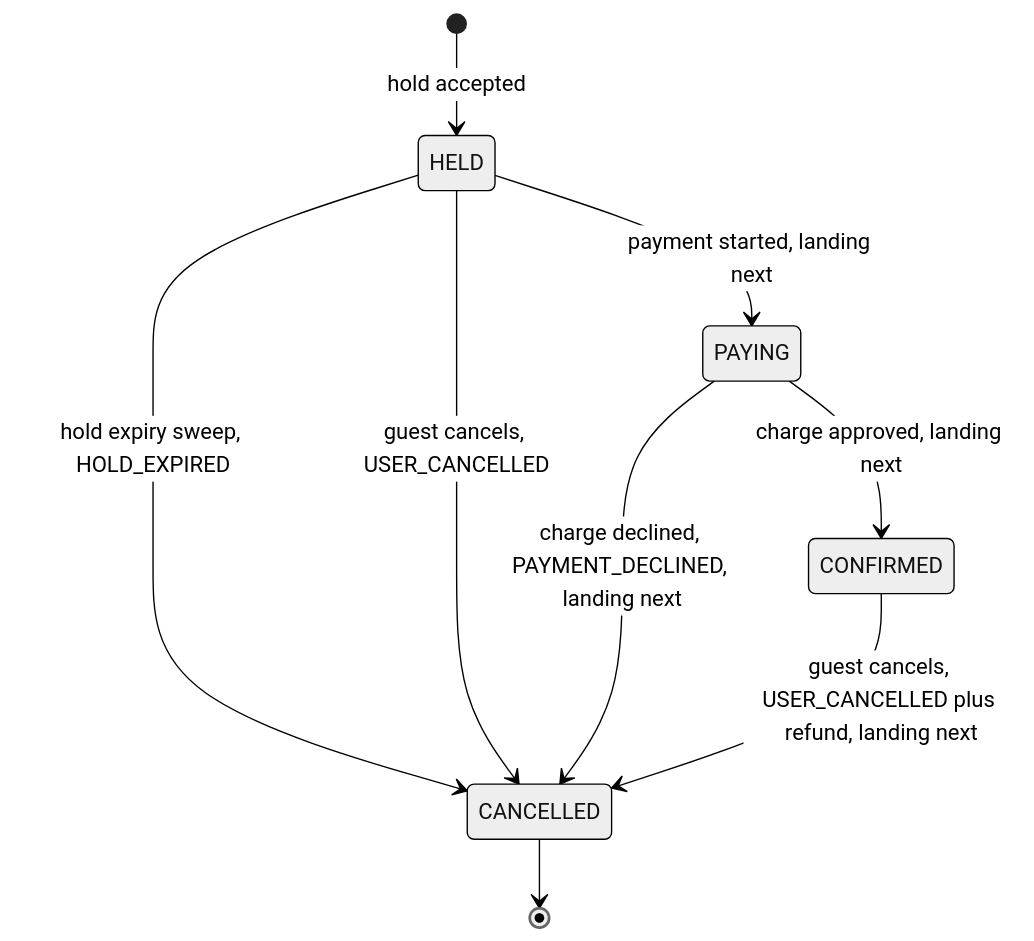
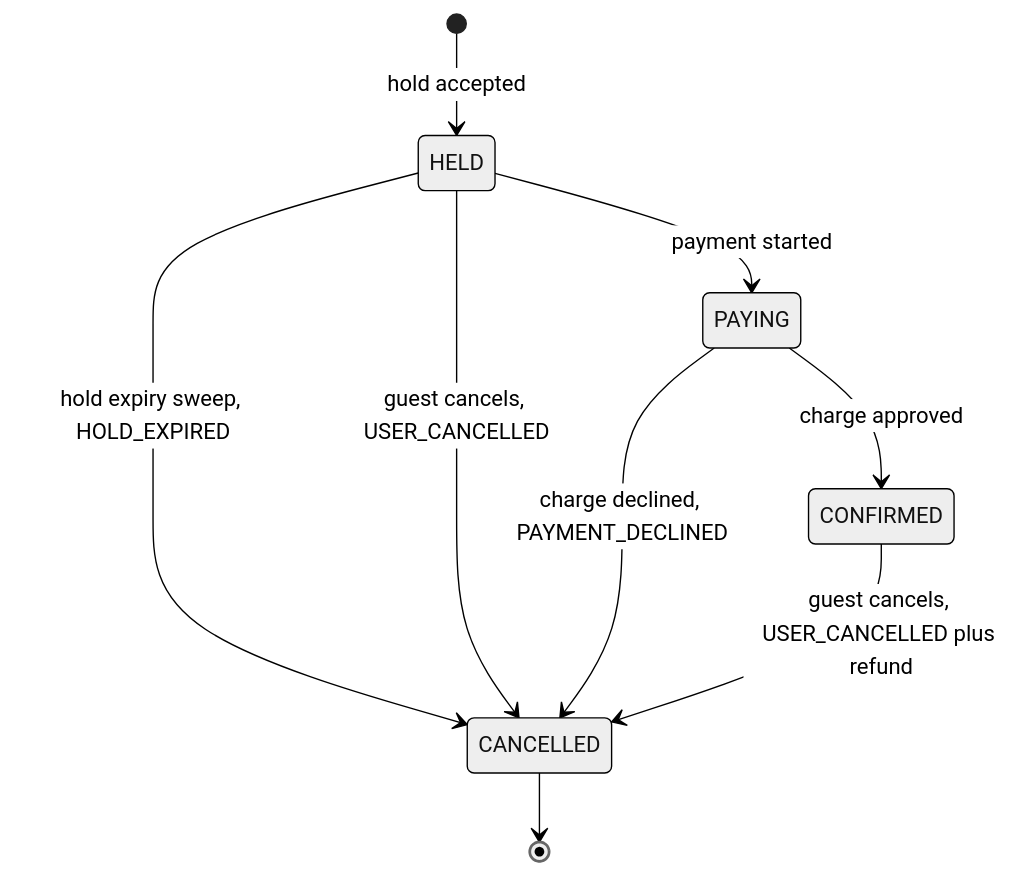
One commit to eagapov-dev/roomlock changed the second of 4 diagrams in docs/architecture.md. Above: the diagram before and after it, drawn with Mermaid (neutral theme). The commit also changed other lines of this file and 1 other file, not shown here.

First line of the commit message:
docs: describe the payment flow as built

````diff
--- a/docs/architecture.md
+++ b/docs/architecture.md
@@ -149,11 +149,11 @@
 ```mermaid
 stateDiagram-v2
   [*] --> HELD : hold accepted
   HELD --> CANCELLED : hold expiry sweep, HOLD_EXPIRED
   HELD --> CANCELLED : guest cancels, USER_CANCELLED
-  HELD --> PAYING : payment started, landing next
-  PAYING --> CONFIRMED : charge approved, landing next
-  PAYING --> CANCELLED : charge declined, PAYMENT_DECLINED, landing next
-  CONFIRMED --> CANCELLED : guest cancels, USER_CANCELLED plus refund, landing next
+  HELD --> PAYING : payment started
+  PAYING --> CONFIRMED : charge approved
+  PAYING --> CANCELLED : charge declined, PAYMENT_DECLINED
+  CONFIRMED --> CANCELLED : guest cancels, USER_CANCELLED plus refund
   CANCELLED --> [*]
 ```
````
